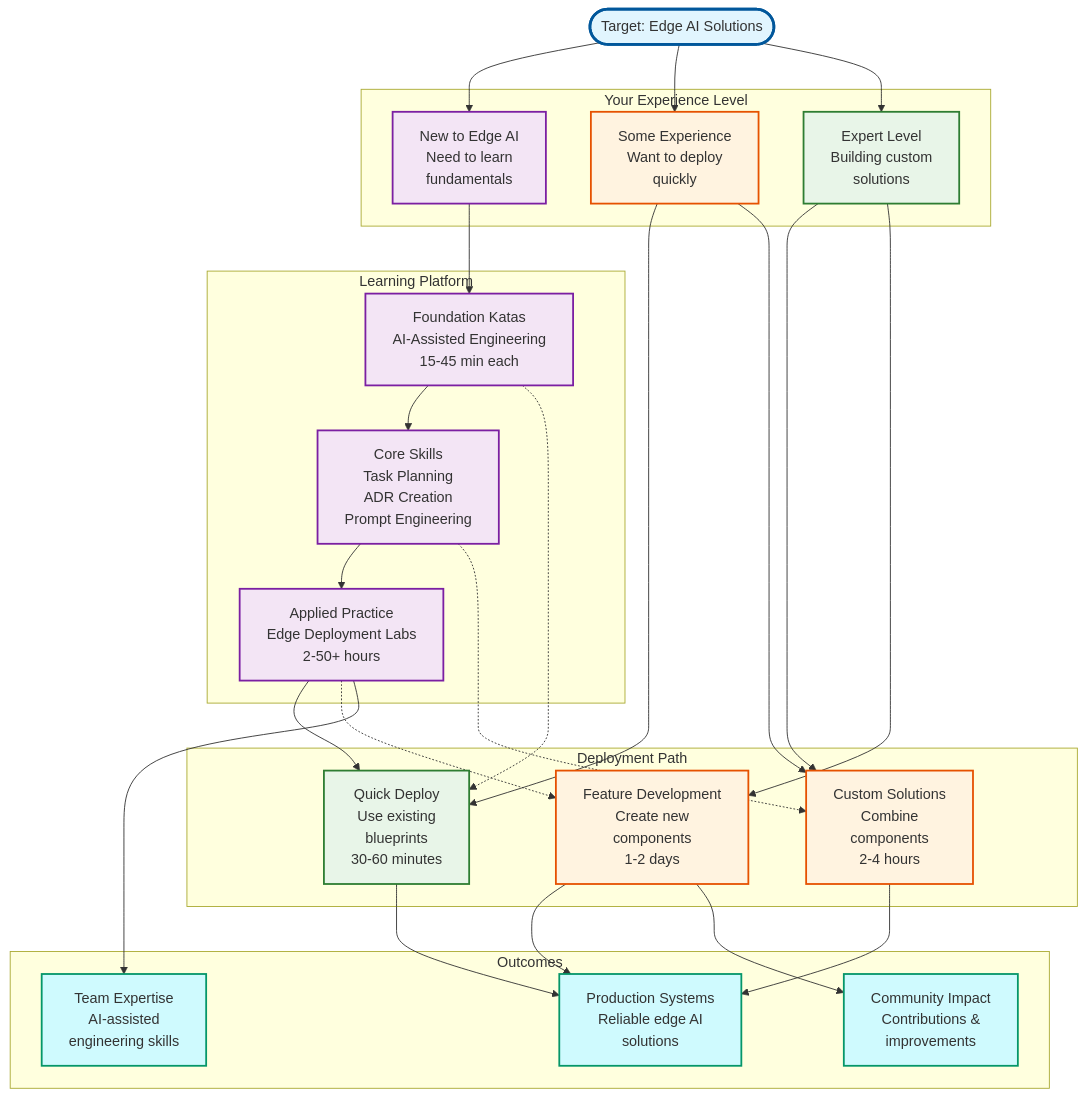
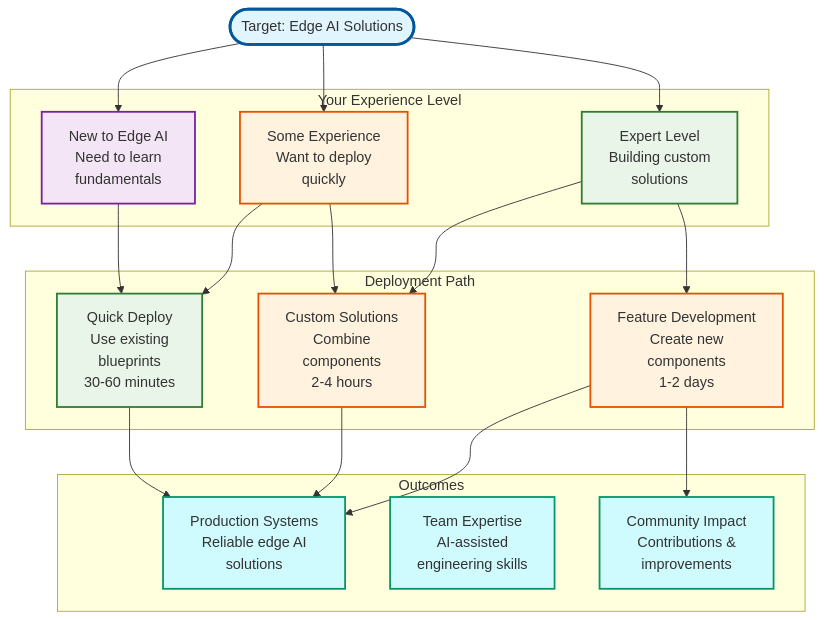
One commit to microsoft/edge-ai changed the diagram in README.md. Above: the diagram before and after it, drawn with Mermaid. The commit also changed other lines of this file and 621 other files, not shown here.

````diff
--- a/README.md
+++ b/README.md
@@ -34,70 +34,52 @@
 ```mermaid
 graph TD
     Start([Target: Edge AI Solutions])
 
     subgraph experience [Your Experience Level]
         Beginner[New to Edge AI<br/>Need to learn<br/>fundamentals]
         Intermediate[Some Experience<br/>Want to deploy<br/>quickly]
         Advanced[Expert Level<br/>Building custom<br/>solutions]
-    end
-
-    subgraph learning [Learning Platform]
-        Foundation[Foundation Katas<br/>AI-Assisted Engineering<br/>15-45 min each]
-        Skills[Core Skills<br/>Task Planning<br/>ADR Creation<br/>Prompt Engineering]
-        Application[Applied Practice<br/>Edge Deployment Labs<br/>2-50+ hours]
     end
 
     subgraph deployment [Deployment Path]
         QuickDeploy[Quick Deploy<br/>Use existing<br/>blueprints<br/>30-60 minutes]
         CustomBuild[Custom Solutions<br/>Combine<br/>components<br/>2-4 hours]
         NewFeatures[Feature Development<br/>Create new<br/>components<br/>1-2 days]
     end
 
     subgraph outcomes [Outcomes]
         Production[Production Systems<br/>Reliable edge AI<br/>solutions]
         Expertise[Team Expertise<br/>AI-assisted<br/>engineering skills]
         Community[Community Impact<br/>Contributions &<br/>improvements]
     end
 
     Start --> Beginner
     Start --> Intermediate
     Start --> Advanced
 
-    Beginner --> Foundation
-    Foundation --> Skills
-    Skills --> Application
-    Application --> QuickDeploy
+    Beginner --> QuickDeploy
 
     Intermediate --> QuickDeploy
     Intermediate --> CustomBuild
 
     Advanced --> CustomBuild
     Advanced --> NewFeatures
 
-    %% Learning enhances all paths
-    Foundation -.-> QuickDeploy
-    Skills -.-> CustomBuild
-    Application -.-> NewFeatures
-
     QuickDeploy --> Production
     CustomBuild --> Production
     NewFeatures --> Production
 
-    Application --> Expertise
     NewFeatures --> Community
 
     %% Enhanced color scheme for learning journey
     style Start fill:#e1f5fe,stroke:#01579b,stroke-width:3px
     style Beginner fill:#f3e5f5,stroke:#7b1fa2,stroke-width:2px
     style Intermediate fill:#fff3e0,stroke:#e65100,stroke-width:2px
     style Advanced fill:#e8f5e8,stroke:#2e7d32,stroke-width:2px
-    style Foundation fill:#f3e5f5,stroke:#7b1fa2,stroke-width:2px
-    style Skills fill:#f3e5f5,stroke:#7b1fa2,stroke-width:2px
-    style Application fill:#f3e5f5,stroke:#7b1fa2,stroke-width:2px
     style QuickDeploy fill:#e8f5e8,stroke:#2e7d32,stroke-width:2px
     style CustomBuild fill:#fff3e0,stroke:#e65100,stroke-width:2px
     style NewFeatures fill:#fff3e0,stroke:#e65100,stroke-width:2px
     style Production fill:#cffafe,stroke:#059669,stroke-width:2px
     style Expertise fill:#cffafe,stroke:#059669,stroke-width:2px
     style Community fill:#cffafe,stroke:#059669,stroke-width:2px
 ```
````
